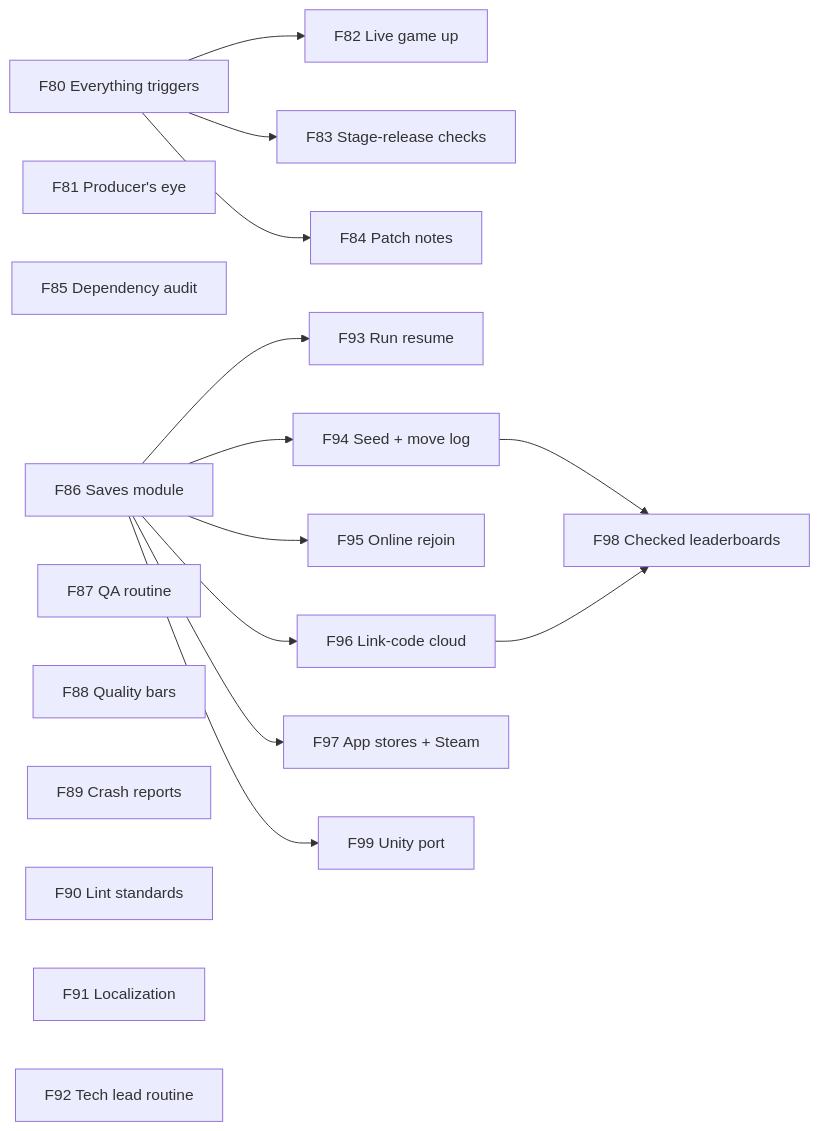
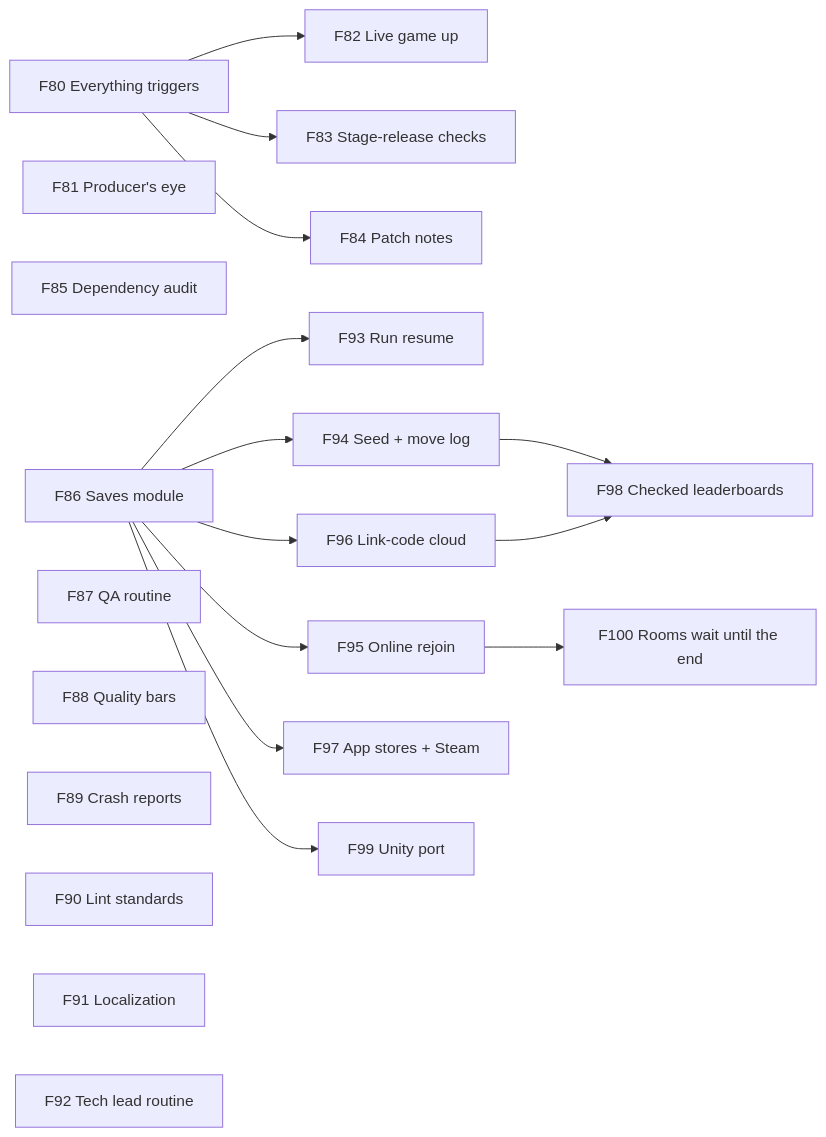
The eighth of 8 diagrams in .planning/ROADMAP.md (TheBlueMuzzy/framework), drawn with Mermaid before and after one commit. The commit also changed other lines of this file and 2 other files, not shown here.

````diff
--- a/.planning/ROADMAP.md
+++ b/.planning/ROADMAP.md
@@ -209,23 +210,24 @@
 ```mermaid
 flowchart LR
   F80[F80 Everything triggers] --> F82[F82 Live game up]
   F80 --> F83[F83 Stage-release checks]
   F80 --> F84[F84 Patch notes]
   F81[F81 Producer's eye]
   F85[F85 Dependency audit]
   F86[F86 Saves module]
   F87[F87 QA routine]
   F88[F88 Quality bars]
   F89[F89 Crash reports]
   F90[F90 Lint standards]
   F91[F91 Localization]
   F92[F92 Tech lead routine]
   F86 --> F93[F93 Run resume]
   F86 --> F94[F94 Seed + move log]
   F86 --> F95[F95 Online rejoin]
   F86 --> F96[F96 Link-code cloud]
   F86 --> F97[F97 App stores + Steam]
   F94 --> F98[F98 Checked leaderboards]
   F96 --> F98
   F86 --> F99[F99 Unity port]
+  F95 --> F100[F100 Rooms wait until the end]
 ```
````
